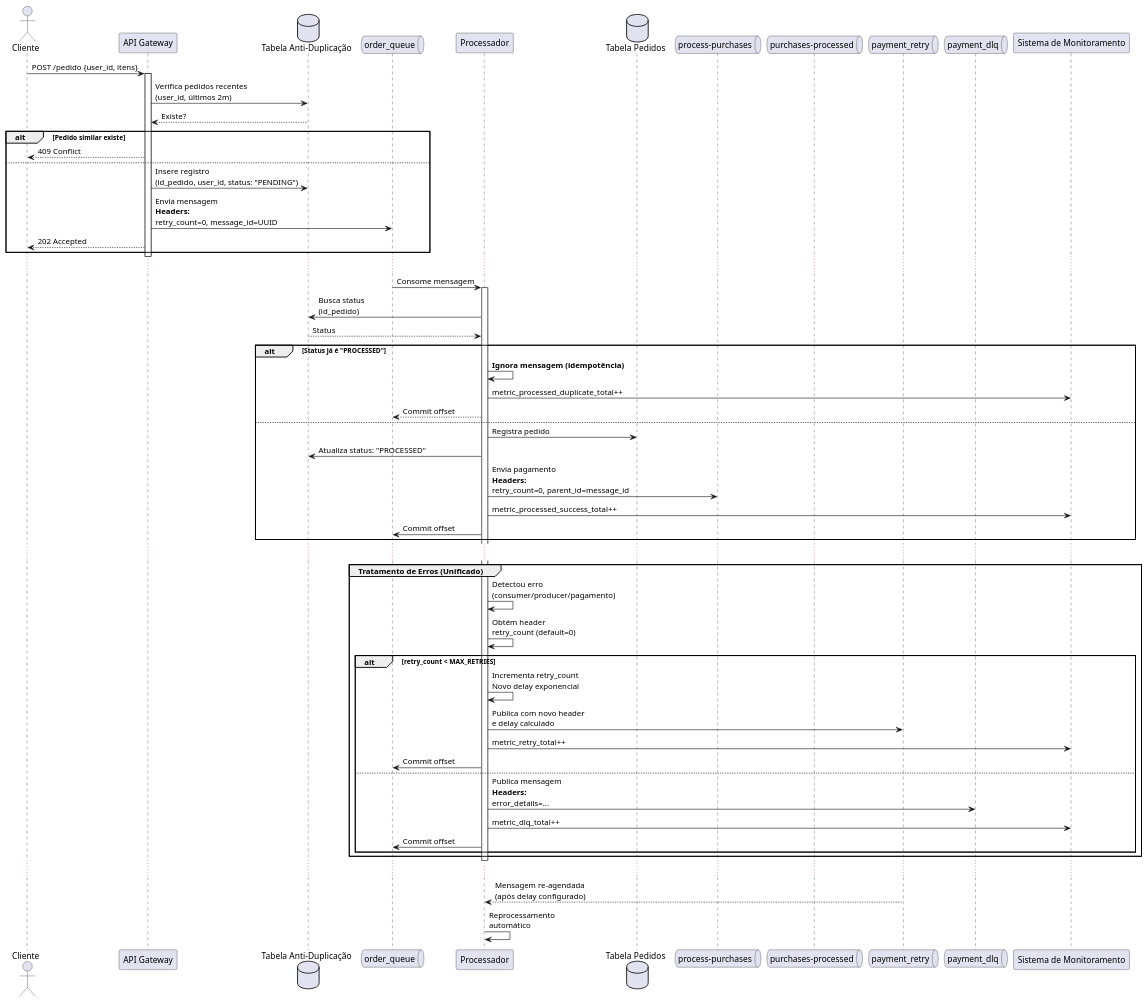
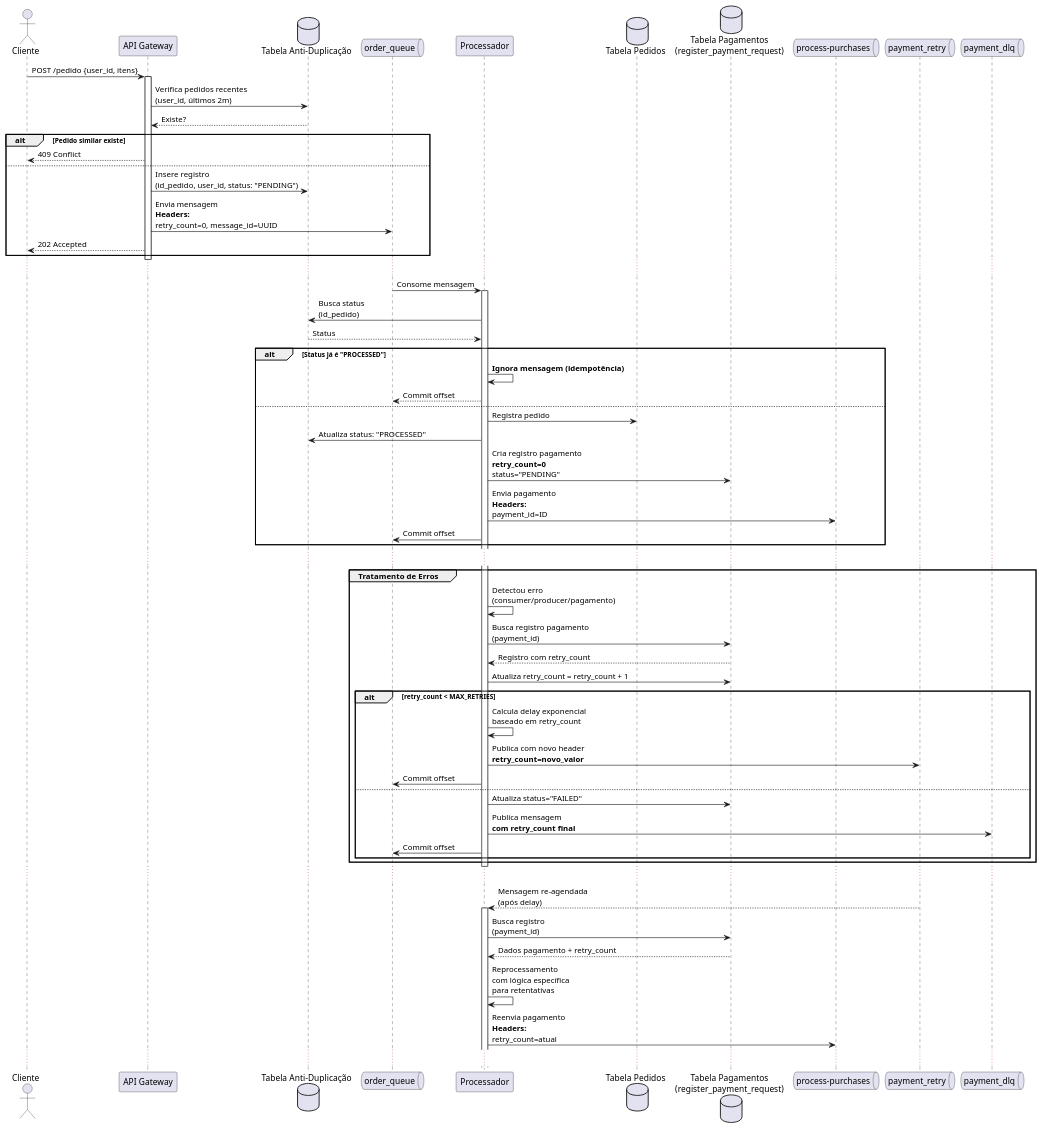
The diagram in process-purchases/docs/uml.plantuml (Thales-Eduardo/gateway-pagament), drawn with PlantUML before and after one commit. The commit also changed 5 other files, not shown here.

```diff
--- a/process-purchases/docs/uml.plantuml
+++ b/process-purchases/docs/uml.plantuml
@@ -1,75 +1,87 @@
-@startuml payment_gateway_flow
+@startuml enhanced_payment_gateway_flow
 
 actor Cliente
 participant "API Gateway" as Gateway
 database "Tabela Anti-Duplicação" as AntiDup
 queue "order_queue" as OrderQueue
 participant "Processador" as Processor
 database "Tabela Pedidos" as Orders
+database "Tabela Pagamentos\n(register_payment_request)" as Payments
 queue "process-purchases" as ProcessPurchases
-queue "purchases-processed" as PurchasesProcessed
 queue "payment_retry" as PaymentRetry
 queue "payment_dlq" as PaymentDLQ
-participant "Sistema de Monitoramento" as Monitoring
 
 Cliente -> Gateway: POST /pedido {user_id, itens}
 activate Gateway
 
 Gateway -> AntiDup: Verifica pedidos recentes\n(user_id, últimos 2m)
 AntiDup --> Gateway: Existe? 
 
 alt Pedido similar existe
     Gateway --> Cliente: 409 Conflict
 else 
     Gateway -> AntiDup: Insere registro\n(id_pedido, user_id, status: "PENDING")
     Gateway -> OrderQueue: Envia mensagem\n**Headers:**\nretry_count=0, message_id=UUID
     Gateway --> Cliente: 202 Accepted
 end
 
 deactivate Gateway
 
 ...
 
 OrderQueue -> Processor: Consome mensagem
 activate Processor
 
 Processor -> AntiDup: Busca status\n(id_pedido)
 AntiDup --> Processor: Status
 
 alt Status já é "PROCESSED"
     Processor -> Processor: **Ignora mensagem (idempotência)**
-    Processor -> Monitoring: metric_processed_duplicate_total++
     Processor --> OrderQueue: Commit offset
 else
     Processor -> Orders: Registra pedido
     Processor -> AntiDup: Atualiza status: "PROCESSED"
-    Processor -> ProcessPurchases: Envia pagamento\n**Headers:**\nretry_count=0, parent_id=message_id
-    Processor -> Monitoring: metric_processed_success_total++
+    
+    ' *** REGISTRO DE PAGAMENTO COM RETRY_COUNT ***
+    Processor -> Payments: Cria registro pagamento\n**retry_count=0**\nstatus="PENDING"
+    Processor -> ProcessPurchases: Envia pagamento\n**Headers:**\npayment_id=ID
     Processor -> OrderQueue: Commit offset
 end
 
 ...
 
-group Tratamento de Erros (Unificado)
+group Tratamento de Erros
     Processor -> Processor: Detectou erro\n(consumer/producer/pagamento)
-    Processor -> Processor: Obtém header\nretry_count (default=0)
+    
+    ' *** ATUALIZAÇÃO DO CONTADOR DE RETENTATIVAS ***
+    Processor -> Payments: Busca registro pagamento\n(payment_id)
+    Payments --> Processor: Registro com retry_count
+    Processor -> Payments: Atualiza retry_count = retry_count + 1
+    
     alt retry_count < MAX_RETRIES
-        Processor -> Processor: Incrementa retry_count\nNovo delay exponencial
-        Processor -> PaymentRetry: Publica com novo header\ne delay calculado
-        Processor -> Monitoring: metric_retry_total++
+        Processor -> Processor: Calcula delay exponencial\nbaseado em retry_count
+        Processor -> PaymentRetry: Publica com novo header\n**retry_count=novo_valor**
         Processor -> OrderQueue: Commit offset
     else
-        Processor -> PaymentDLQ: Publica mensagem\n**Headers:**\nerror_details=...
-        Processor -> Monitoring: metric_dlq_total++
+        Processor -> Payments: Atualiza status="FAILED"
+        Processor -> PaymentDLQ: Publica mensagem\n**com retry_count final**
         Processor -> OrderQueue: Commit offset
     end
 end
 
 deactivate Processor
 
 ...
 
-PaymentRetry --> Processor: Mensagem re-agendada\n(após delay configurado)
-Processor -> Processor: Reprocessamento\nautomático
+PaymentRetry --> Processor: Mensagem re-agendada\n(após delay)
+activate Processor
+
+' *** FLUXO DE REPROCESSAMENTO ***
+Processor -> Payments: Busca registro\n(payment_id)
+Payments --> Processor: Dados pagamento + retry_count
+Processor -> Processor: Reprocessamento\ncom lógica específica\npara retentativas
+Processor -> ProcessPurchases: Reenvia pagamento\n**Headers:**\nretry_count=atual
+
+...
 
 @enduml
```
